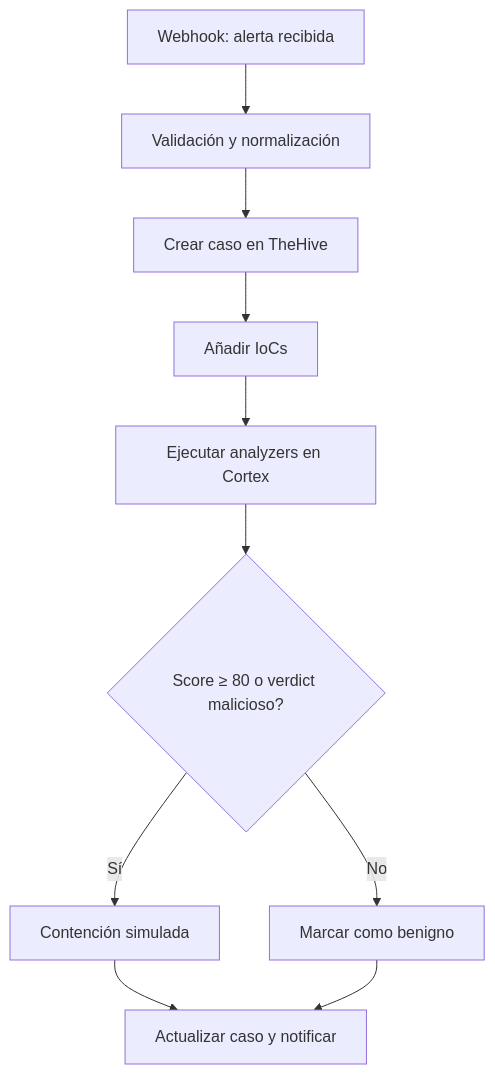
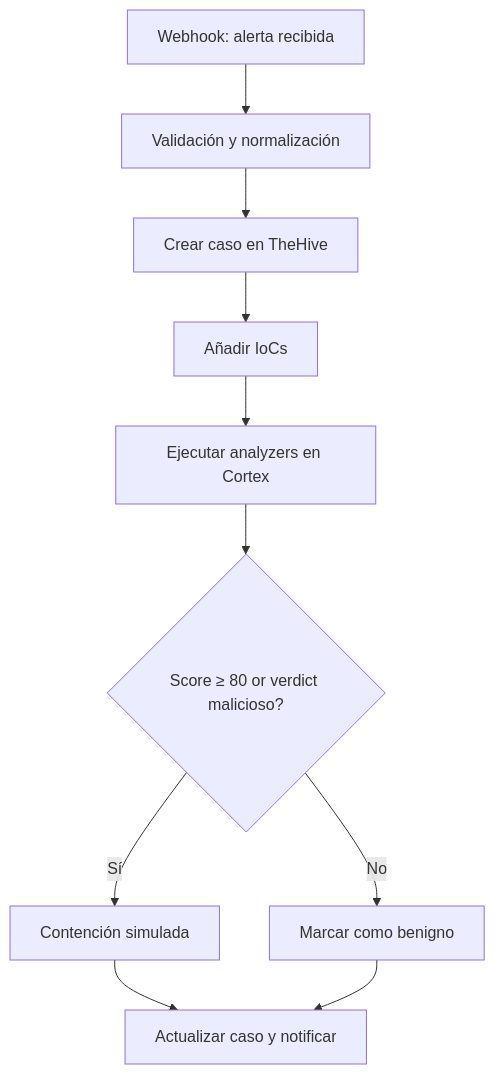
Before and after one commit to alesanfe/soar-ransomware-lab: the second of 8 diagrams in docs/06-project-management.md, drawn with Mermaid. The commit also changed other lines of this file and 2 other files, not shown here.

Commit message:
docs: fix Shuffle image ref, double slash in API route, Mermaid o->or, workaround numbering gap

````diff
--- a/docs/06-project-management.md
+++ b/docs/06-project-management.md
@@ -453,12 +453,12 @@
 ```mermaid
 flowchart TD
  A[Webhook: alerta recibida] --> B[Validación y normalización]
  B --> C[Crear caso en TheHive]
  C --> D[Añadir IoCs]
  D --> E[Ejecutar analyzers en Cortex]
- E --> F{Score ≥ 80 o verdict malicioso?}
+ E --> F{Score ≥ 80 or verdict malicioso?}
  F -->|Sí| G[Contención simulada]
  F -->|No| H[Marcar como benigno]
  G --> I[Actualizar caso y notificar]
  H --> I[Actualizar caso y notificar]
 ```
````
